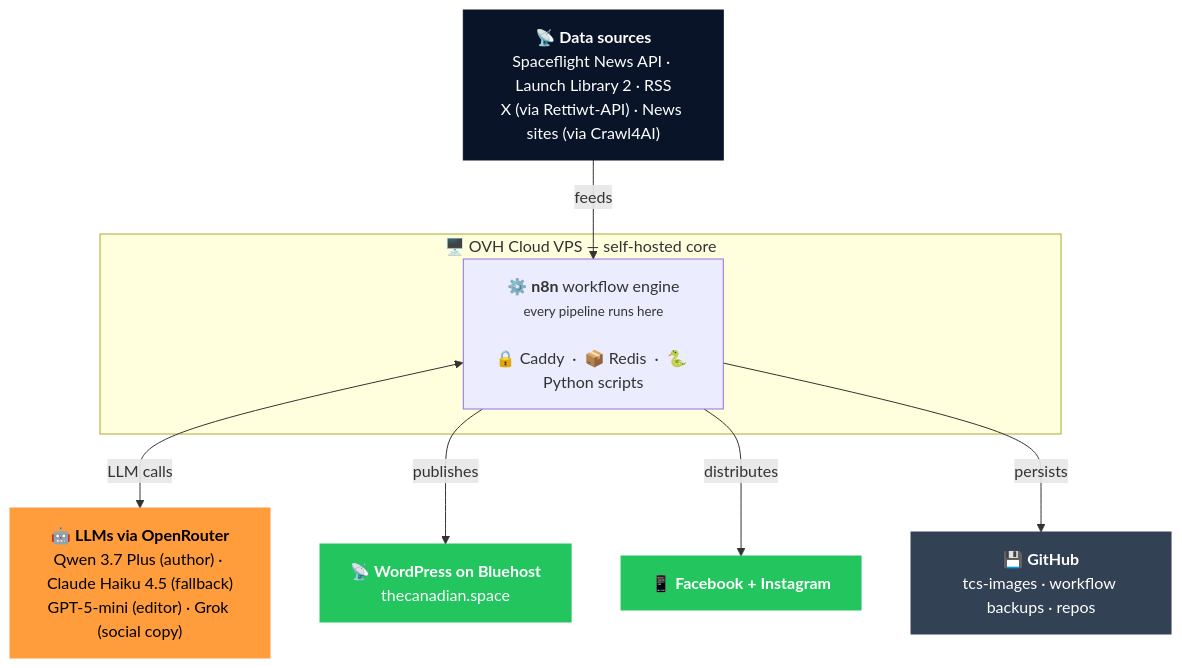
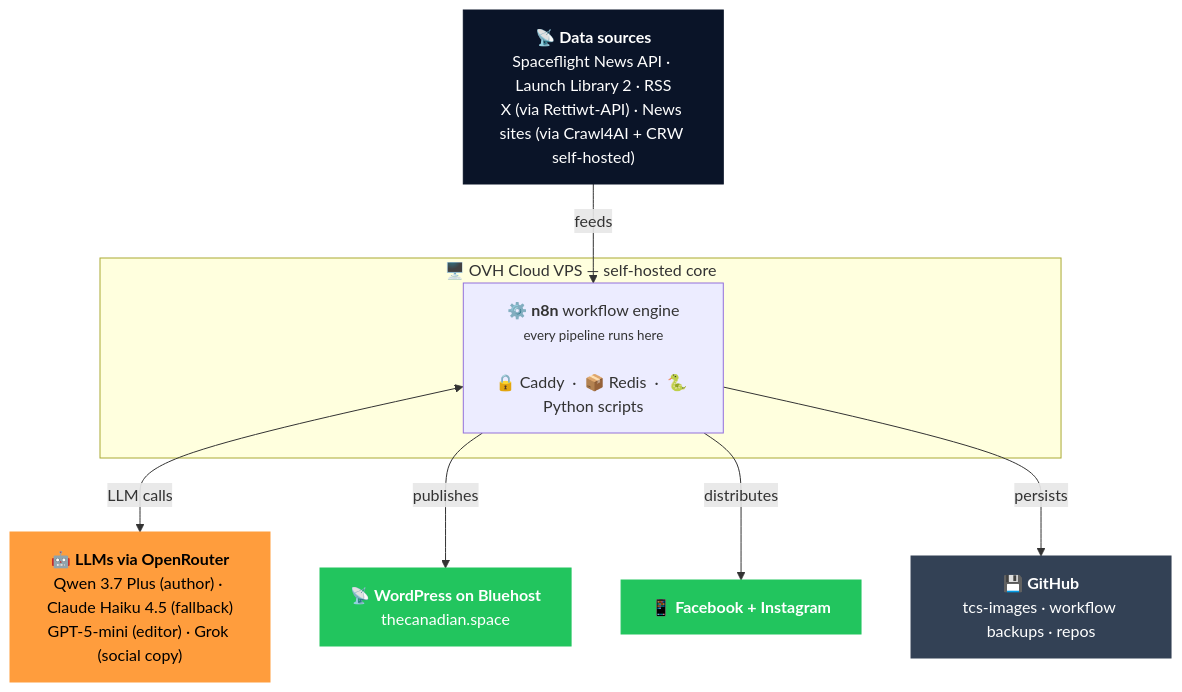
One commit to The-Canadian-Space/tcs-public-wiki changed the diagram in docs/technology/infrastructure.md. Above: the diagram before and after it, drawn with Mermaid. The commit also changed 3 other files, not shown here.

````diff
--- a/docs/technology/infrastructure.md
+++ b/docs/technology/infrastructure.md
@@ -9,29 +9,29 @@
 ```mermaid
 graph TB
-    Data["📡 <b>Data sources</b><br/>Spaceflight News API · Launch Library 2 · RSS<br/>X (via Rettiwt-API) · News sites (via Crawl4AI)"]
+    Data["📡 <b>Data sources</b><br/>Spaceflight News API · Launch Library 2 · RSS<br/>X (via Rettiwt-API) · News sites (via Crawl4AI + CRW self-hosted)"]
 
     subgraph OVH["🖥️ OVH Cloud VPS — self-hosted core"]
         Core["⚙️ <b>n8n</b> workflow engine<br/><small>every pipeline runs here</small><br/><br/>🔒 Caddy &nbsp;·&nbsp; 📦 Redis &nbsp;·&nbsp; 🐍 Python scripts"]
     end
 
     LLM["🤖 <b>LLMs via OpenRouter</b><br/>Qwen 3.7 Plus (author) · Claude Haiku 4.5 (fallback)<br/>GPT-5-mini (editor) · Grok (social copy)"]
 
     WP["📡 <b>WordPress on Bluehost</b><br/>thecanadian.space"]
     Social["📱 <b>Facebook + Instagram</b>"]
     GH["💾 <b>GitHub</b><br/>tcs-images · workflow backups · repos"]
 
     Data -->|feeds| Core
     Core <-->|LLM calls| LLM
     Core -->|publishes| WP
     Core -->|distributes| Social
     Core -->|persists| GH
 
     classDef input fill:#0A1428,color:#fff,stroke:#0A1428
     classDef ai fill:#FF9D3D,color:#000,stroke:#FF9D3D
     classDef out fill:#22C55E,color:#fff,stroke:#22C55E
     classDef store fill:#334155,color:#fff,stroke:#334155
     class Data input
     class LLM ai
     class WP,Social out
     class GH store
 ```
````
